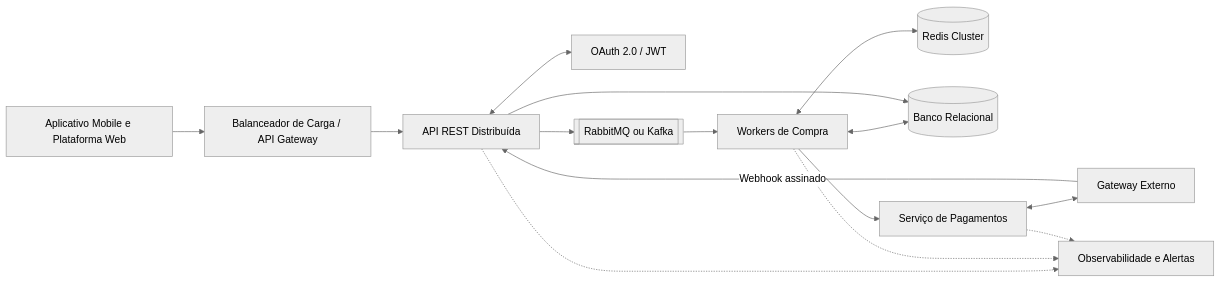
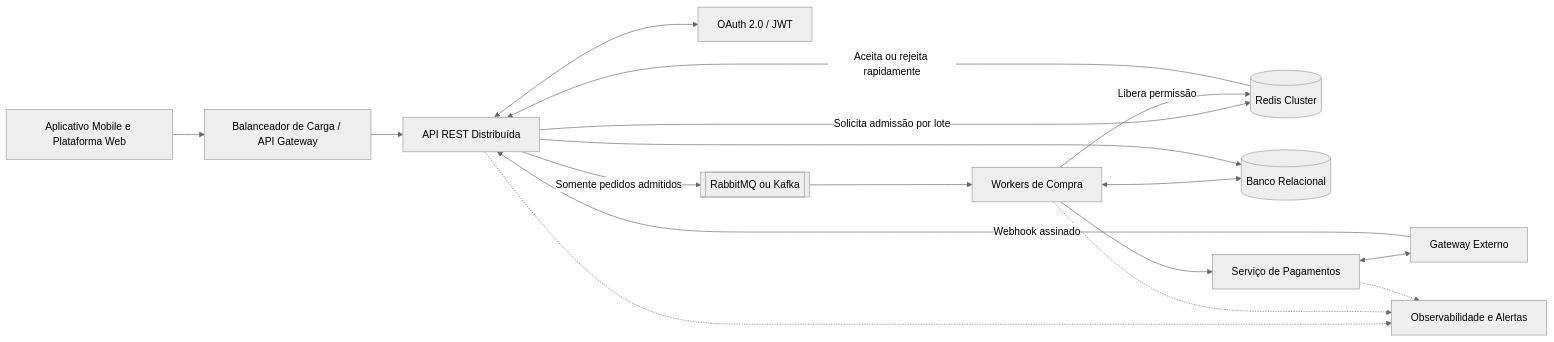
Before and after one commit to partiu-ticketeira/.github: the first of 3 diagrams in diagramas_mermaid.md, drawn with Mermaid (neutral theme). The commit also changed other lines of this file and 3 other files, not shown here.

````diff
--- a/diagramas_mermaid.md
+++ b/diagramas_mermaid.md
@@ -1,29 +1,31 @@
 ```mermaid
 flowchart LR
     CLIENTES[Aplicativo Mobile e Plataforma Web]
     BORDA[Balanceador de Carga / API Gateway]
     API[API REST Distribuída]
     AUTH[OAuth 2.0 / JWT]
     FILA[[RabbitMQ ou Kafka]]
     WORKERS[Workers de Compra]
     REDIS[(Redis Cluster)]
     BANCO[(Banco Relacional)]
     PAGAMENTOS[Serviço de Pagamentos]
     GATEWAY[Gateway Externo]
     OBS[Observabilidade e Alertas]
 
     CLIENTES --> BORDA
     BORDA --> API
     API <--> AUTH
-    API --> FILA
+    API -->|Solicita admissão por lote| REDIS
+    REDIS -->|Aceita ou rejeita rapidamente| API
+    API -->|Somente pedidos admitidos| FILA
     FILA --> WORKERS
-    WORKERS <--> REDIS
     WORKERS <--> BANCO
+    WORKERS -->|Libera permissão| REDIS
     WORKERS --> PAGAMENTOS
     PAGAMENTOS <--> GATEWAY
     GATEWAY -->|Webhook assinado| API
     API --> BANCO
     API -.-> OBS
     WORKERS -.-> OBS
     PAGAMENTOS -.-> OBS
 ```
````
